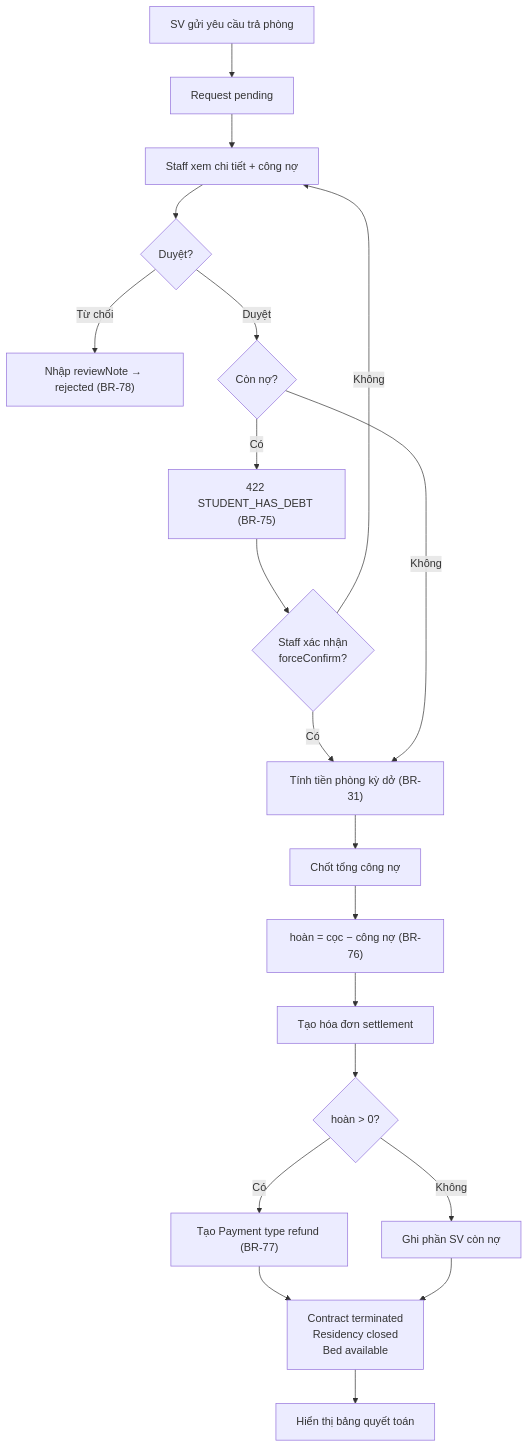
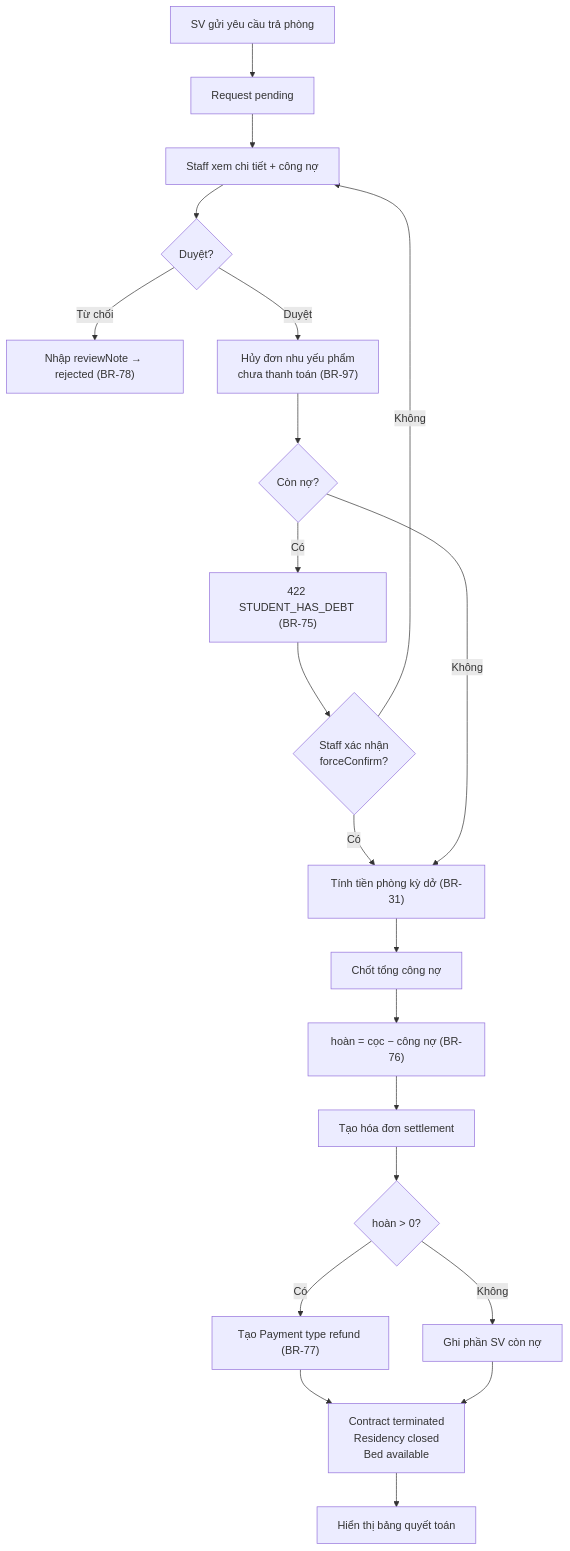
Before and after one commit to NguyenMinh205/FE_QuanLyKTX: diagram 13 of 14 in docs/03-PHAN-TICH-NGHIEP-VU.md, drawn with Mermaid. The commit also changed other lines of this file and 33 other files, not shown here.

````diff
--- a/docs/03-PHAN-TICH-NGHIEP-VU.md
+++ b/docs/03-PHAN-TICH-NGHIEP-VU.md
@@ -489,22 +558,23 @@
 ```mermaid
 flowchart TD
     A["SV gửi yêu cầu trả phòng"] --> B["Request pending"]
     B --> C["Staff xem chi tiết + công nợ"]
     C --> D{"Duyệt?"}
     D -->|"Từ chối"| E["Nhập reviewNote → rejected (BR-78)"]
-    D -->|"Duyệt"| F{"Còn nợ?"}
+    D -->|"Duyệt"| D2["Hủy đơn nhu yếu phẩm<br/>chưa thanh toán (BR-97)"]
+    D2 --> F{"Còn nợ?"}
     F -->|"Có"| G["422 STUDENT_HAS_DEBT (BR-75)"]
     G --> H{"Staff xác nhận<br/>forceConfirm?"}
     H -->|"Không"| C
     H -->|"Có"| I
     F -->|"Không"| I["Tính tiền phòng kỳ dở (BR-31)"]
     I --> J["Chốt tổng công nợ"]
     J --> K["hoàn = cọc − công nợ (BR-76)"]
     K --> L["Tạo hóa đơn settlement"]
     L --> M{"hoàn > 0?"}
     M -->|"Có"| N["Tạo Payment type refund (BR-77)"]
     M -->|"Không"| O["Ghi phần SV còn nợ"]
     N --> P["Contract terminated<br/>Residency closed<br/>Bed available"]
     O --> P
     P --> Q["Hiển thị bảng quyết toán"]
 ```
````
